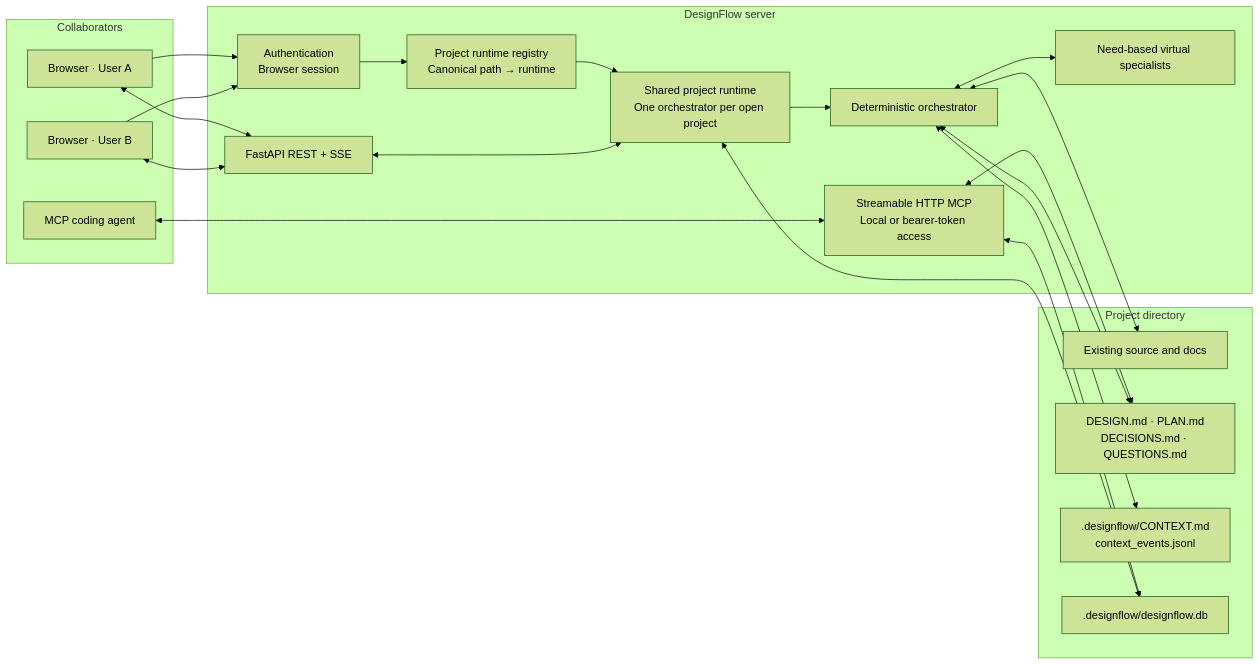
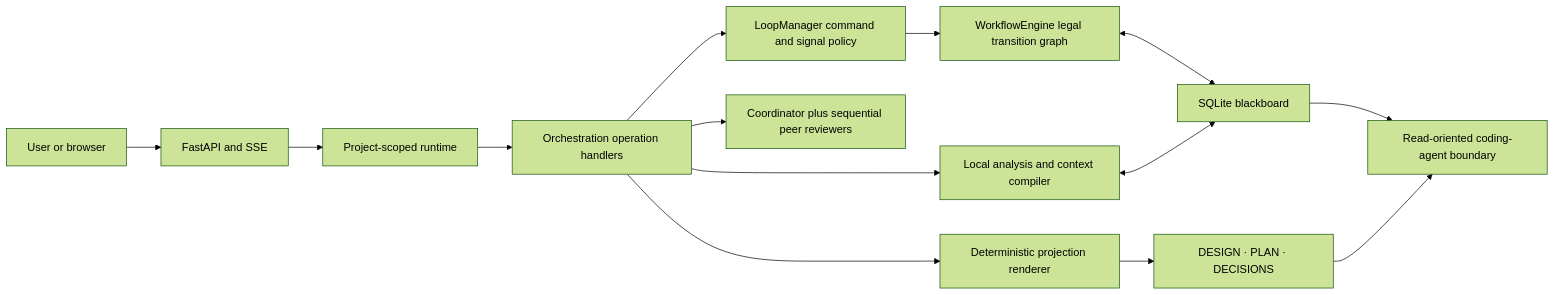
The first of 4 diagrams in docs/ARCHITECTURE.md (ankurv/DesignFlow), drawn with Mermaid (forest theme) before and after one commit. The commit also changed other lines of this file and 47 other files, not shown here.

Commit message:
Replace orchestration with durable state engine

````diff
--- a/docs/ARCHITECTURE.md
+++ b/docs/ARCHITECTURE.md
@@ -12,42 +9,16 @@
 ```mermaid
 flowchart LR
-    subgraph People["Collaborators"]
-        U1["Browser · User A"]
-        U2["Browser · User B"]
-        CA["MCP coding agent"]
-    end
-
-    subgraph Server["DesignFlow server"]
-        Auth["Authentication\nBrowser session"]
-        Registry["Project runtime registry\nCanonical path → runtime"]
-        Runtime["Shared project runtime\nOne orchestrator per open project"]
-        API["FastAPI REST + SSE"]
-        MCP["Streamable HTTP MCP\nLocal or bearer-token access"]
-        Orch["Deterministic orchestrator"]
-        Team["Need-based virtual specialists"]
-    end
-
-    subgraph Project["Project directory"]
-        Source["Existing source and docs"]
-        Artifacts["DESIGN.md · PLAN.md\nDECISIONS.md · QUESTIONS.md"]
-        Memory[".designflow/CONTEXT.md\ncontext_events.jsonl"]
-        DB[".designflow/designflow.db"]
-    end
-
-    U1 --> Auth
-    U2 --> Auth
-    Auth --> Registry
-    Registry --> Runtime
-    U1 <--> API
-    U2 <--> API
-    CA <--> MCP
-    MCP <--> Artifacts
-    MCP <--> DB
-    API <--> Runtime
-    Runtime --> Orch
-    Orch <--> Team
-    Orch <--> Source
-    Orch <--> Artifacts
-    Orch <--> Memory
-    Runtime <--> DB
+    User["User or browser"] --> API["FastAPI and SSE"]
+    API --> Runtime["Project-scoped runtime"]
+    Runtime --> O["Orchestration operation handlers"]
+    O --> L["LoopManager command and signal policy"]
+    L --> E["WorkflowEngine legal transition graph"]
+    E <--> DB["SQLite blackboard"]
+    O --> Experts["Coordinator plus sequential peer reviewers"]
+    O --> Local["Local analysis and context compiler"]
+    Local <--> DB
+    O --> Renderer["Deterministic projection renderer"]
+    Renderer --> Files["DESIGN · PLAN · DECISIONS"]
+    DB --> MCP["Read-oriented coding-agent boundary"]
+    Files --> MCP
 ```
````
